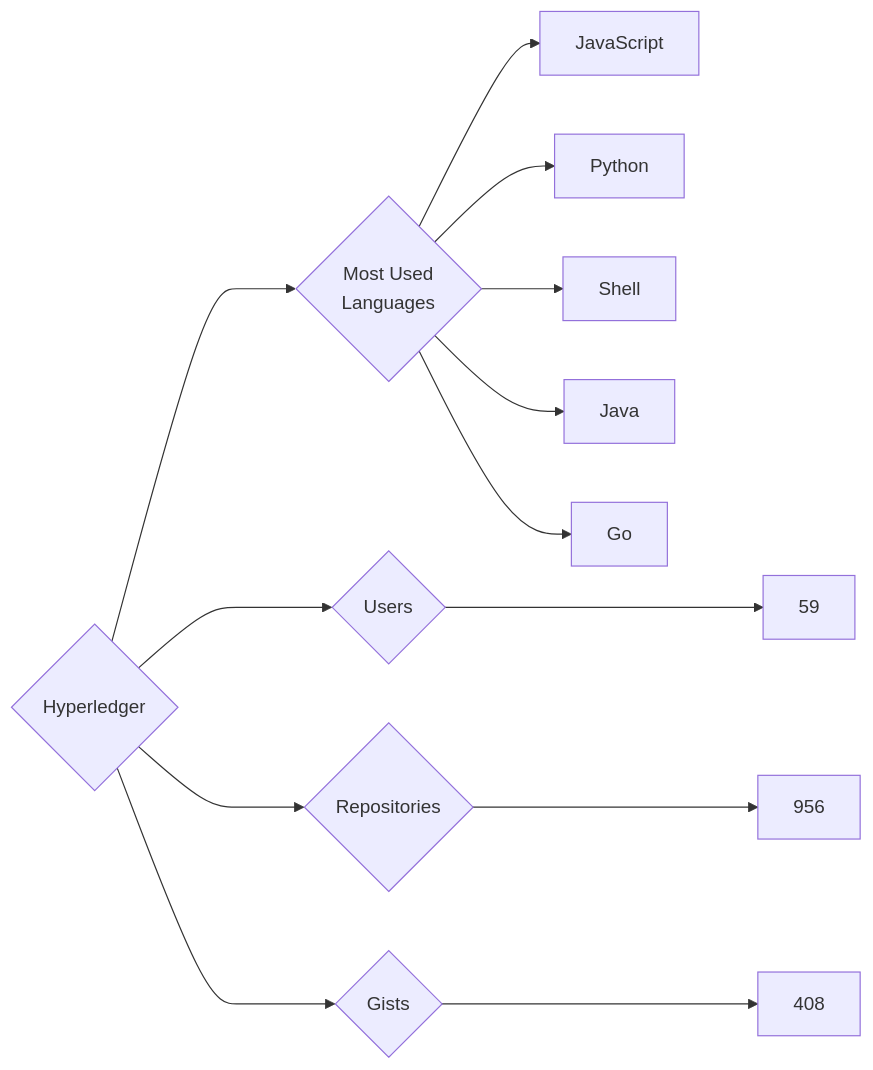
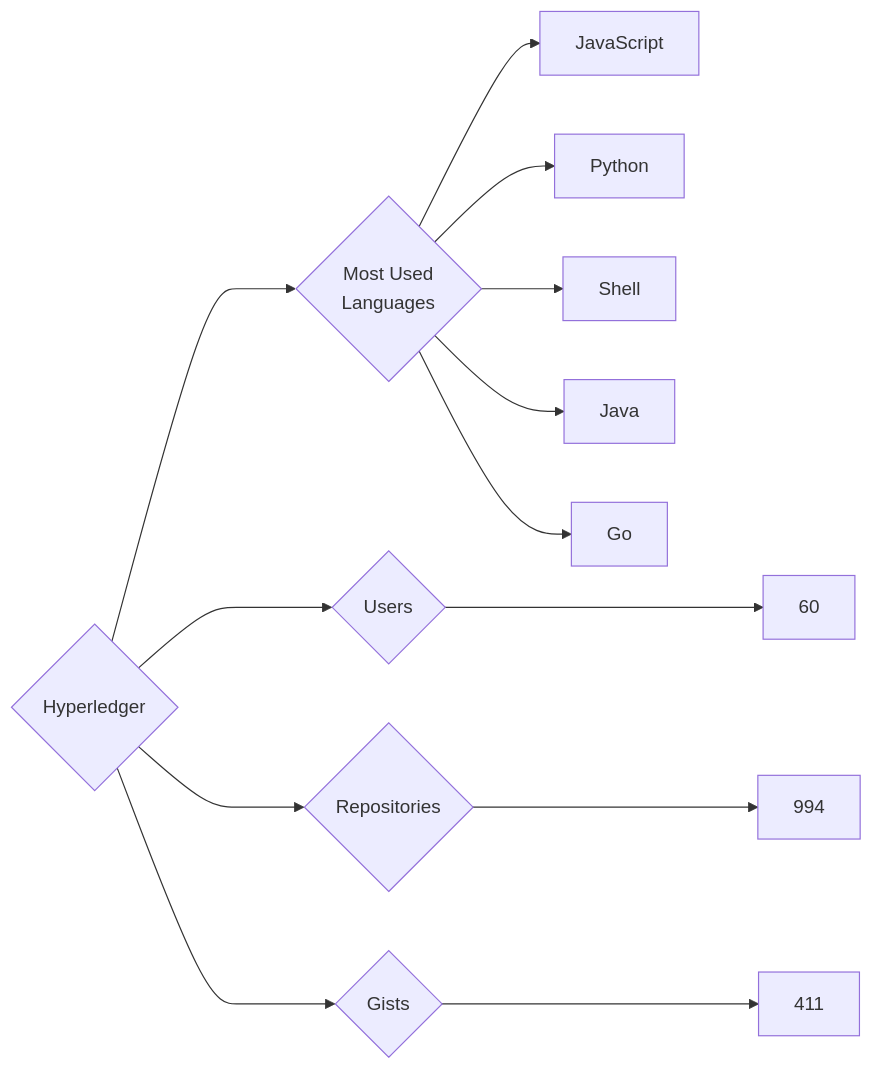
One commit to trickest/insiders changed the diagram in targets/Hyperledger/README.md. Above: the diagram before and after it, drawn with Mermaid. The commit also changed 757 other files, not shown here.

````diff
--- a/targets/Hyperledger/README.md
+++ b/targets/Hyperledger/README.md
@@ -3,13 +3,13 @@
 ```mermaid
 graph LR
 COMPANY_NAME{Hyperledger}
-COMPANY_NAME ---> U{Users} ---> UN[59]
-COMPANY_NAME ---> R{Repositories} ---> RN[956]
-COMPANY_NAME ---> G{Gists} ---> GN[408]
+COMPANY_NAME ---> U{Users} ---> UN[60]
+COMPANY_NAME ---> R{Repositories} ---> RN[994]
+COMPANY_NAME ---> G{Gists} ---> GN[411]
 COMPANY_NAME ---> ML{Most Used<br>Languages}
 ML --> JavaScript[JavaScript]
 ML --> Python[Python]
 ML --> Shell[Shell]
 ML --> Java[Java]
 ML --> Go[Go]
 ```
````
